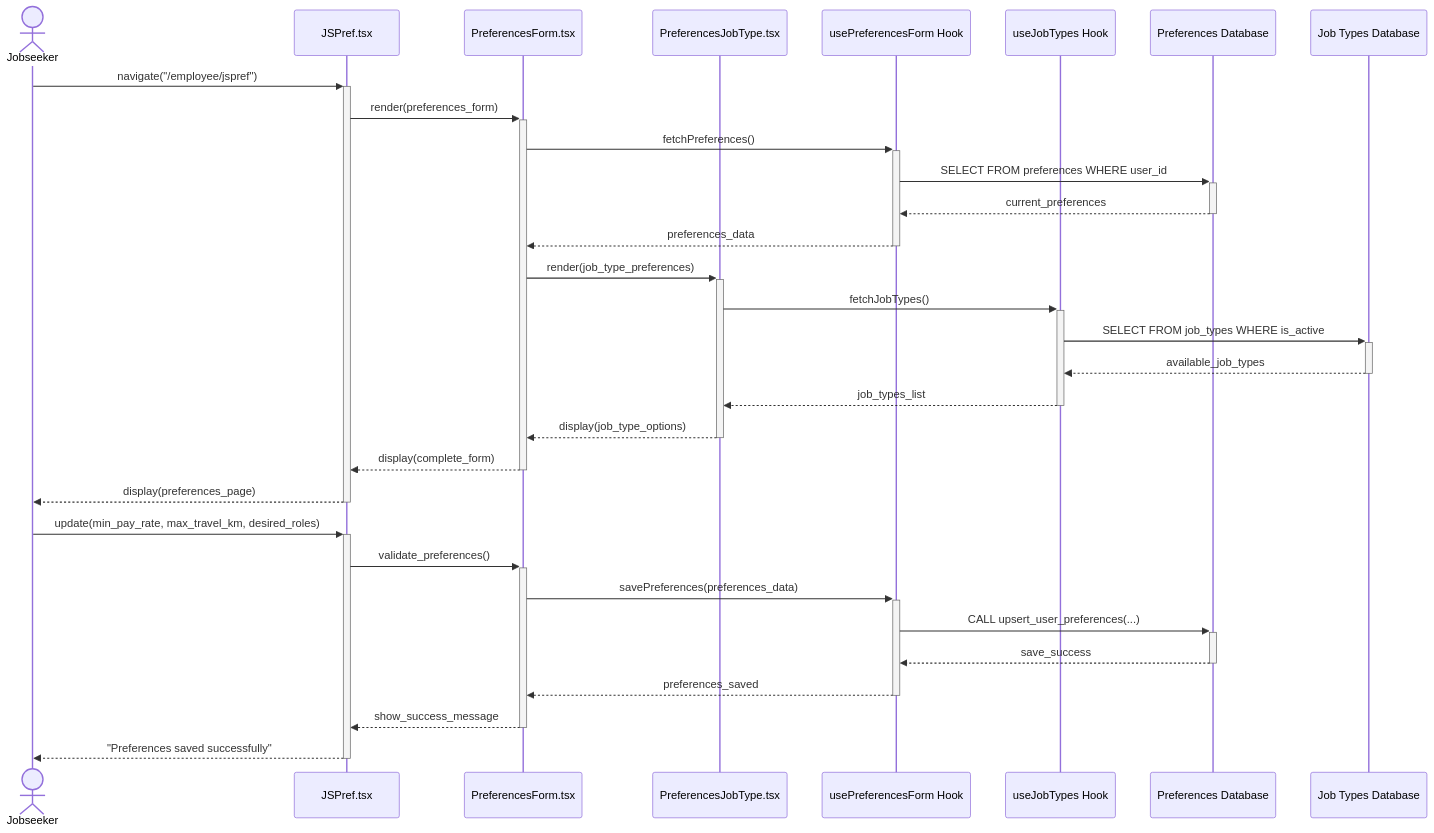
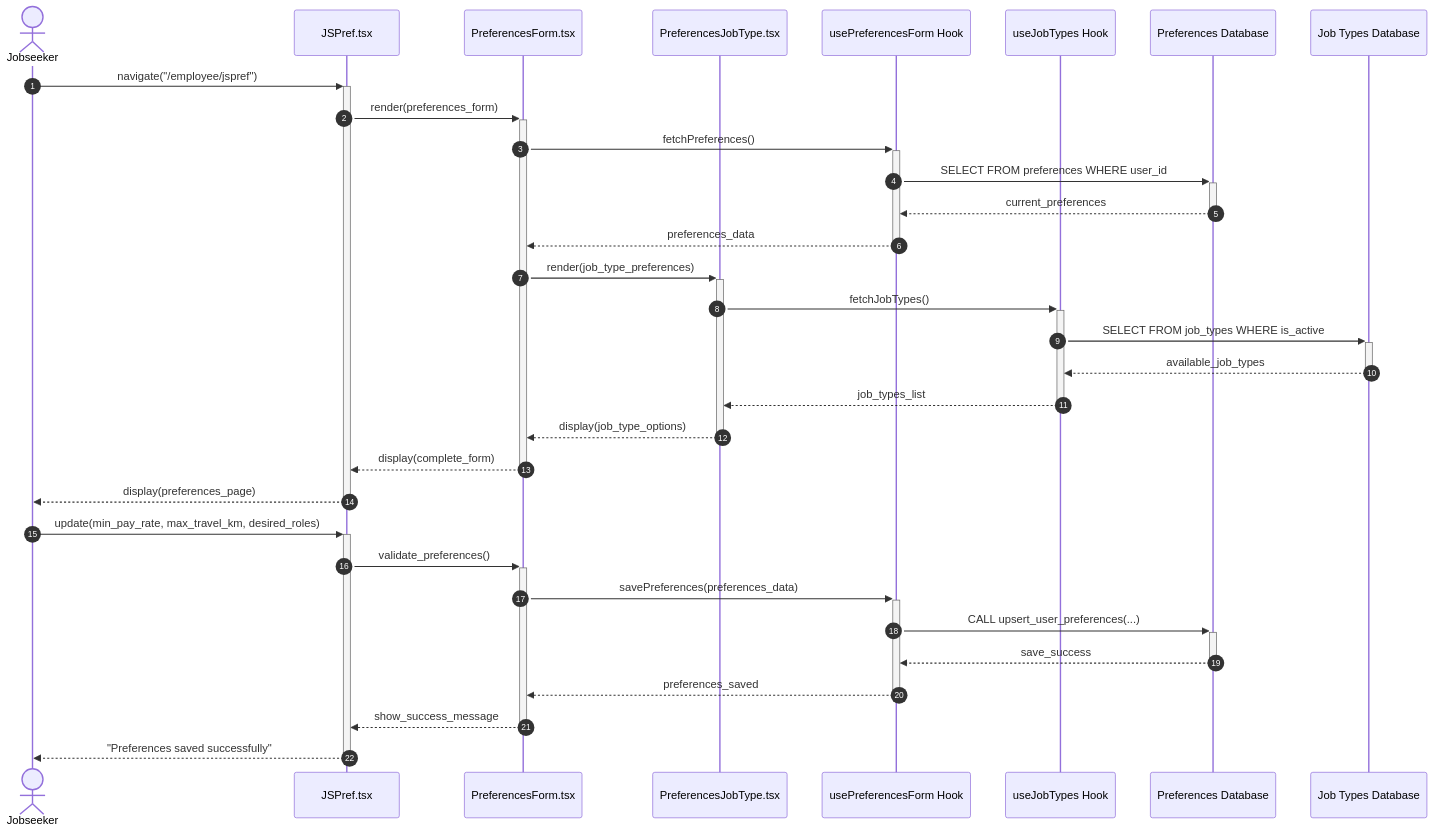
The first of 2 diagrams in docs/UC3&UC4.md (Seanlhe/optistaff-frontend), drawn with Mermaid before and after one commit. The commit also changed other lines of this file and 29 other files, not shown here.

````diff
--- a/docs/UC3&UC4.md
+++ b/docs/UC3&UC4.md
@@ -140,39 +13,40 @@
 ```mermaid
 sequenceDiagram
+autonumber
     actor Jobseeker as Jobseeker
     participant JSPref as JSPref.tsx
     participant PreferencesForm as PreferencesForm.tsx
     participant PreferencesJobType as PreferencesJobType.tsx
     participant usePreferencesForm as usePreferencesForm Hook
     participant useJobTypes as useJobTypes Hook
     participant PreferencesDB as Preferences Database
     participant JobTypesDB as Job Types Database
 
     %% Navigate to preferences
     Jobseeker->>+JSPref: navigate("/employee/jspref")
     JSPref->>+PreferencesForm: render(preferences_form)
     PreferencesForm->>+usePreferencesForm: fetchPreferences()
     usePreferencesForm->>+PreferencesDB: SELECT FROM preferences WHERE user_id
     PreferencesDB-->>-usePreferencesForm: current_preferences
     usePreferencesForm-->>-PreferencesForm: preferences_data
     
     PreferencesForm->>+PreferencesJobType: render(job_type_preferences)
     PreferencesJobType->>+useJobTypes: fetchJobTypes()
     useJobTypes->>+JobTypesDB: SELECT FROM job_types WHERE is_active
     JobTypesDB-->>-useJobTypes: available_job_types
     useJobTypes-->>-PreferencesJobType: job_types_list
     
     PreferencesJobType-->>-PreferencesForm: display(job_type_options)
     PreferencesForm-->>-JSPref: display(complete_form)
     JSPref-->>-Jobseeker: display(preferences_page)
 
     %% User updates preferences
     Jobseeker->>+JSPref: update(min_pay_rate, max_travel_km, desired_roles)
     JSPref->>+PreferencesForm: validate_preferences()
     PreferencesForm->>+usePreferencesForm: savePreferences(preferences_data)
     usePreferencesForm->>+PreferencesDB: CALL upsert_user_preferences(...)
     PreferencesDB-->>-usePreferencesForm: save_success
     usePreferencesForm-->>-PreferencesForm: preferences_saved
     PreferencesForm-->>-JSPref: show_success_message
     JSPref-->>-Jobseeker: "Preferences saved successfully"
 ```
````
